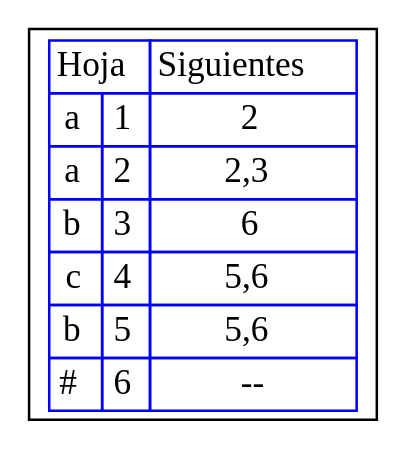
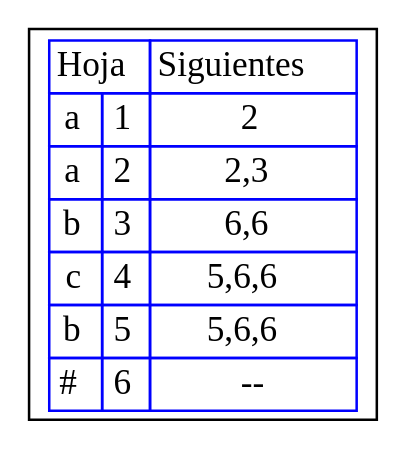
Before and after one commit to Racs0XD/-OLC1-Proyecto1_201603028: the diagram in Py1_201603028/build/classes/SIGUIENTES_201603028/Ejercicio_4.dot, drawn with Graphviz. The commit also changed 43 other files, not shown here.

```diff
--- a/Py1_201603028/build/classes/SIGUIENTES_201603028/Ejercicio_4.dot
+++ b/Py1_201603028/build/classes/SIGUIENTES_201603028/Ejercicio_4.dot
@@ -1,23 +1,23 @@
 digraph G{
 rankdir=UD
 node[shape=box]
 concentrate=true
 nodo0 [ label =<<table border='0' cellborder='1' color='blue' cellspacing='0'>
 <tr><td colspan="2">Hoja</td><td>Siguientes</td></tr>
 
 <tr><td>a</td><td>1</td><td>2</td></tr>
 
 <tr><td>a</td><td>2</td><td>2,3</td></tr>
 
-<tr><td>b</td><td>3</td><td>6</td></tr>
+<tr><td>b</td><td>3</td><td>6,6</td></tr>
 
-<tr><td>c</td><td>4</td><td>5,6</td></tr>
+<tr><td>c</td><td>4</td><td>5,6,6</td></tr>
 
-<tr><td>b</td><td>5</td><td>5,6</td></tr>
+<tr><td>b</td><td>5</td><td>5,6,6</td></tr>
 
 <tr><td>#</td><td>6</td><td>--</td></tr>
 
 </table>
 >];
 
 }
```
